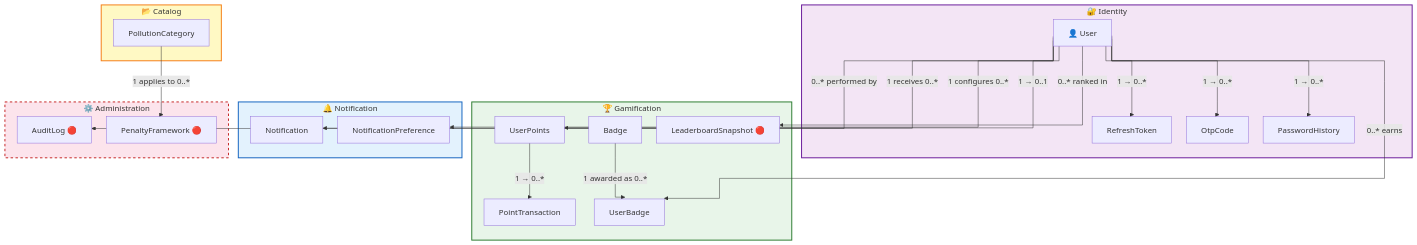
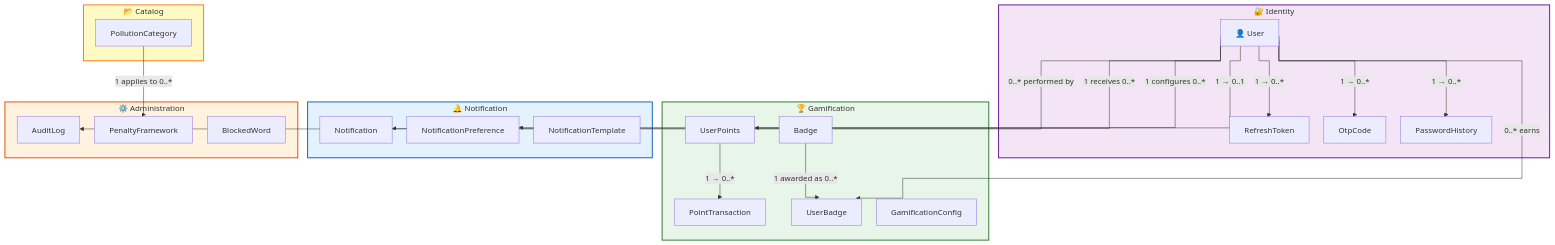
One commit to Capstonne-Project/greenlens-service changed the third of 7 diagrams in docs/BusinessRule/logical_erd.md. Above: the diagram before and after it, drawn with Mermaid. The commit also changed other lines of this file and 1 other file, not shown here.

````diff
--- a/docs/BusinessRule/logical_erd.md
+++ b/docs/BusinessRule/logical_erd.md
@@ -999,58 +1236,59 @@
 ```mermaid
 %%{init: {'flowchart': {'curve': 'stepBefore', 'nodeSpacing': 30, 'rankSpacing': 60, 'padding': 15}}}%%
 flowchart TB
     subgraph IDENTITY["🔐 Identity"]
         User["👤 User"]
         RefreshToken["RefreshToken"]
         OtpCode["OtpCode"]
         PasswordHistory["PasswordHistory"]
     end
 
     subgraph GAMIFICATION["🏆 Gamification"]
         UserPoints["UserPoints"]
         PointTransaction["PointTransaction"]
         Badge["Badge"]
         UserBadge["UserBadge"]
-        LeaderboardSnapshot["LeaderboardSnapshot 🔴"]
+        GamificationConfig["GamificationConfig"]
     end
 
     subgraph NOTIFICATION["🔔 Notification"]
         Notification["Notification"]
         NotificationPreference["NotificationPreference"]
+        NotificationTemplate["NotificationTemplate"]
     end
 
     subgraph ADMIN["⚙️ Administration"]
-        AuditLog["AuditLog 🔴"]
-        PenaltyFramework["PenaltyFramework 🔴"]
+        AuditLog["AuditLog"]
+        PenaltyFramework["PenaltyFramework"]
+        BlockedWord["BlockedWord"]
     end
 
     subgraph CATALOG["📂 Catalog"]
         PollutionCategory["PollutionCategory"]
     end
 
     %% ── Identity ──
     User -- "1 → 0..*" --> RefreshToken
     User -- "1 → 0..*" --> OtpCode
     User -- "1 → 0..*" --> PasswordHistory
 
     %% ── Gamification ──
     User -- "1 → 0..1" --> UserPoints
     UserPoints -- "1 → 0..*" --> PointTransaction
     User -- "0..* earns" --> UserBadge
     Badge -- "1 awarded as 0..*" --> UserBadge
-    User -- "0..* ranked in" --> LeaderboardSnapshot
 
     %% ── Notification ──
     User -- "1 receives 0..*" --> Notification
     User -- "1 configures 0..*" --> NotificationPreference
 
     %% ── Admin ──
     User -- "0..* performed by" --> AuditLog
     PollutionCategory -- "1 applies to 0..*" --> PenaltyFramework
 
     style IDENTITY fill:#f3e5f5,stroke:#6a1b9a,stroke-width:2px
     style GAMIFICATION fill:#e8f5e9,stroke:#2e7d32,stroke-width:2px
     style NOTIFICATION fill:#e3f2fd,stroke:#1565c0,stroke-width:2px
-    style ADMIN fill:#fce4ec,stroke:#c62828,stroke-width:2px,stroke-dasharray:5
+    style ADMIN fill:#fff3e0,stroke:#e65100,stroke-width:2px
     style CATALOG fill:#fff9c4,stroke:#f57f17,stroke-width:2px
 ```
````
